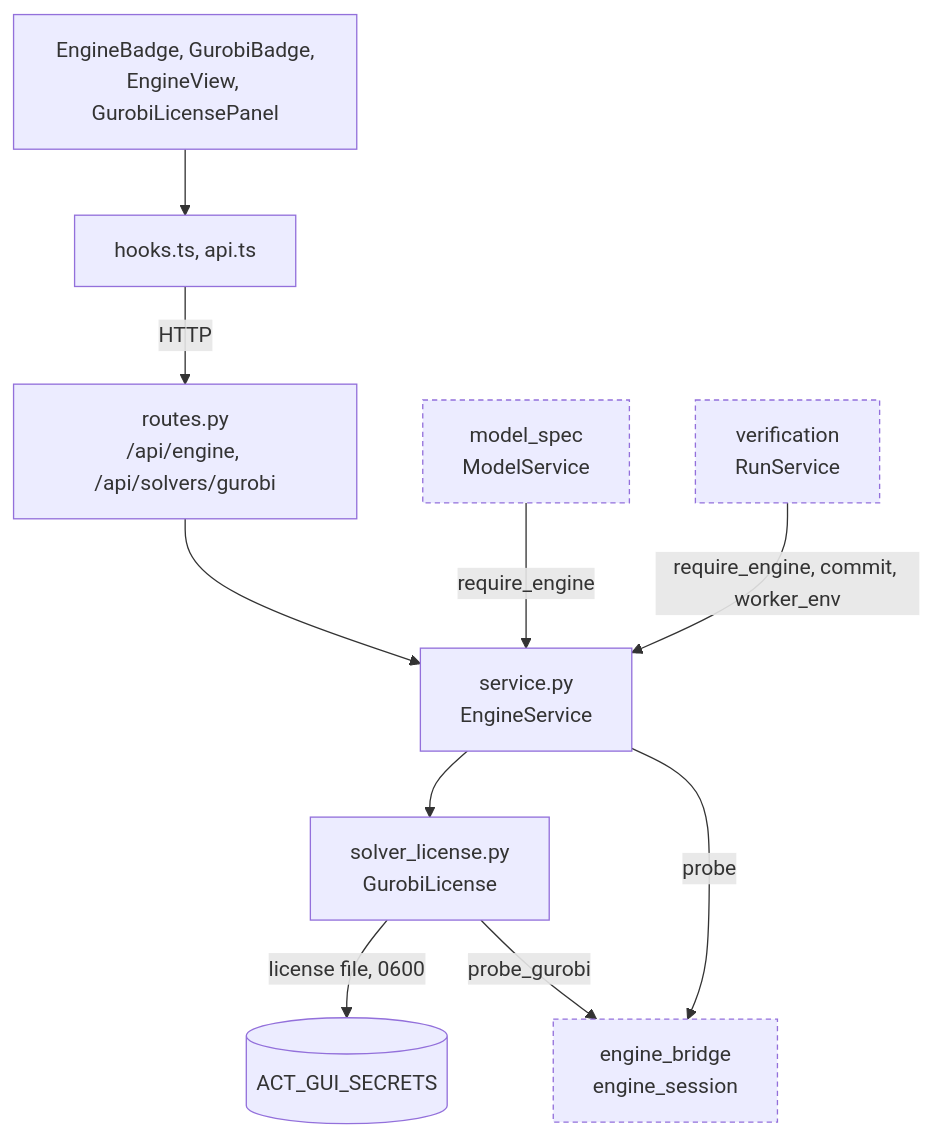
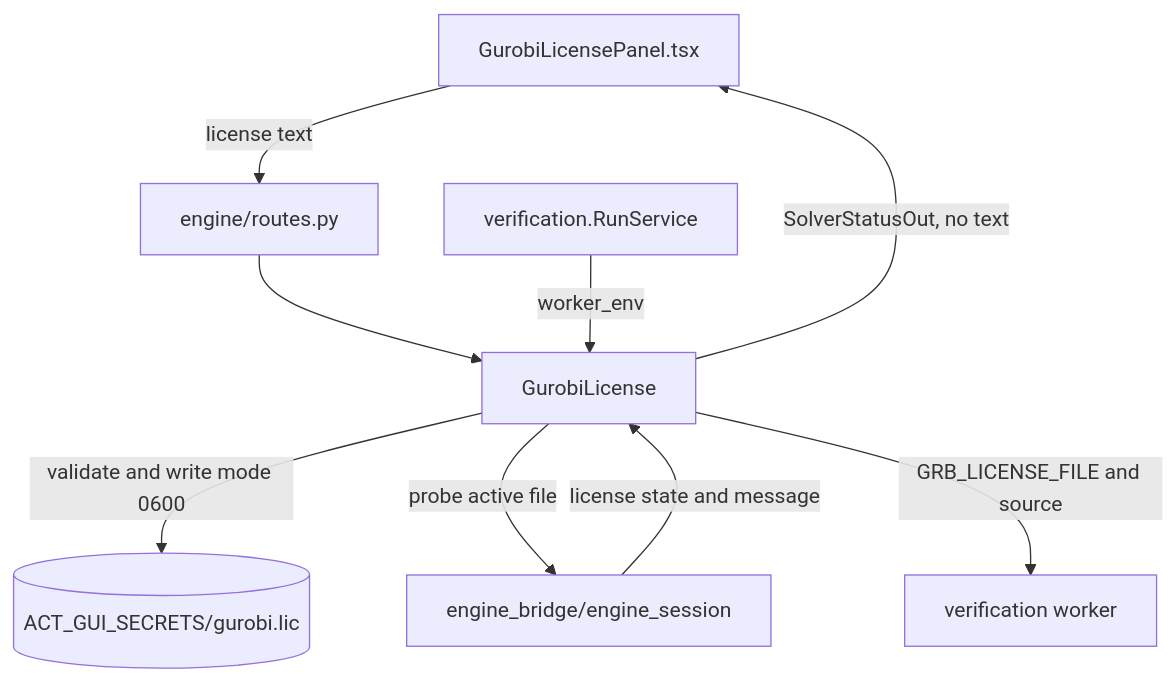
The second of 2 diagrams in visual_bench/engine/README.md (SVF-tools/ACT-GUI), drawn with Mermaid before and after one commit. The commit also changed other lines of this file and 20 other files, not shown here.

````diff
--- a/visual_bench/engine/README.md
+++ b/visual_bench/engine/README.md
@@ -38,21 +44,11 @@
 ```mermaid
 flowchart TB
-  classDef ext stroke-dasharray: 4 3
-  Views["EngineBadge, GurobiBadge,<br/>EngineView, GurobiLicensePanel"]
-  H["hooks.ts, api.ts"]
-  R["routes.py<br/>/api/engine, /api/solvers/gurobi"]
-  S["service.py<br/>EngineService"]
-  L["solver_license.py<br/>GurobiLicense"]
-  MS["model_spec<br/>ModelService"]:::ext
-  VER["verification<br/>RunService"]:::ext
-  EB["engine_bridge<br/>engine_session"]:::ext
-  Views --> H
-  H -- "HTTP" --> R
-  R --> S
-  S --> L
-  L -- "license file, 0600" --> Sec[("ACT_GUI_SECRETS")]
-  S -- "probe" --> EB
-  L -- "probe_gurobi" --> EB
-  MS -- "require_engine" --> S
-  VER -- "require_engine, commit, worker_env" --> S
+  User["GurobiLicensePanel.tsx"] -- "license text" --> Routes["engine/routes.py"]
+  Routes --> License["GurobiLicense"]
+  License -- "validate and write mode 0600" --> Secret[("ACT_GUI_SECRETS/gurobi.lic")]
+  License -- "probe active file" --> Bridge["engine_bridge/engine_session"]
+  Bridge -- "license state and message" --> License
+  License -- "SolverStatusOut, no text" --> User
+  Runs["verification.RunService"] -- "worker_env" --> License
+  License -- "GRB_LICENSE_FILE and source" --> Worker["verification worker"]
 ```
````
